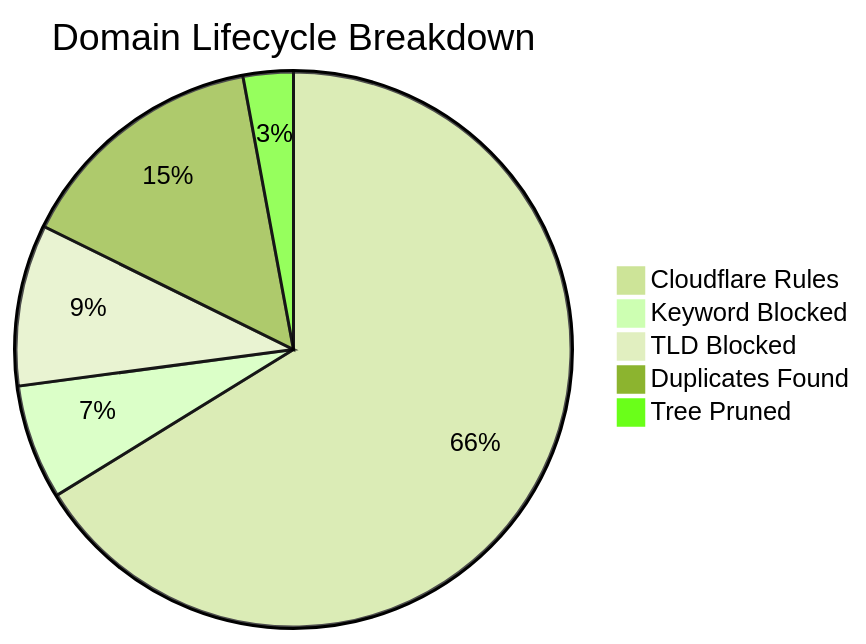
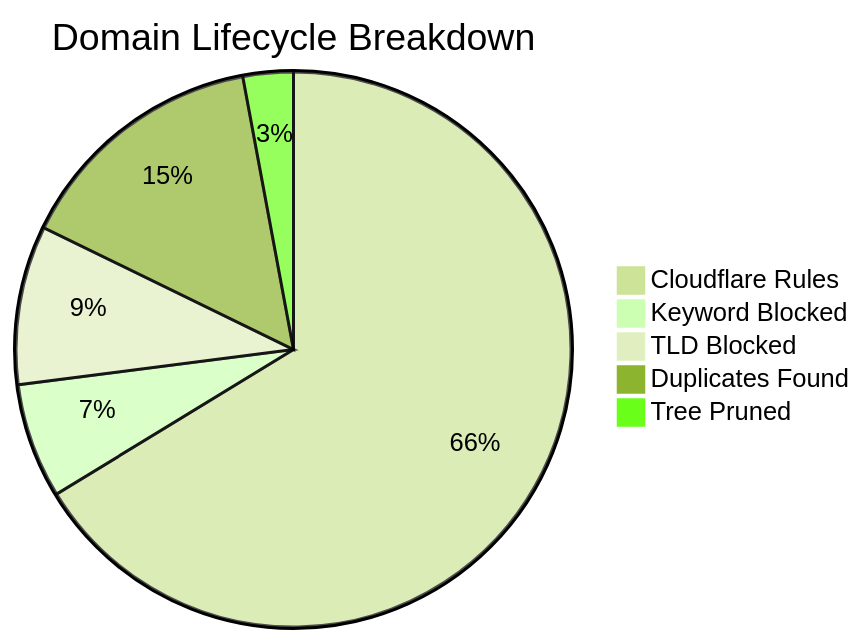
Before and after one commit to brojangles24/Cloudflare-ZeroTrust-AdBlock: the diagram in README_STATS.md, drawn with Mermaid (forest theme). The commit also changed other lines of this file and 1 other file, not shown here.

````diff
--- a/README_STATS.md
+++ b/README_STATS.md
@@ -5,8 +5,8 @@
 ```mermaid
 pie title Domain Lifecycle Breakdown
-    "Cloudflare Rules" : 278289
-    "Keyword Blocked" : 28088
-    "TLD Blocked" : 39497
-    "Duplicates Found" : 62181
-    "Tree Pruned" : 12251
+    "Cloudflare Rules" : 278085
+    "Keyword Blocked" : 28091
+    "TLD Blocked" : 38789
+    "Duplicates Found" : 62334
+    "Tree Pruned" : 12272
 ```
````
